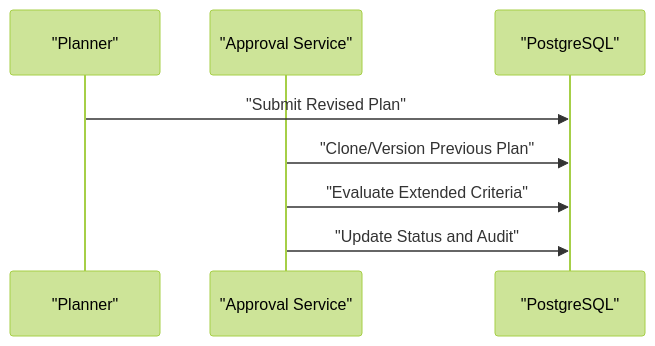
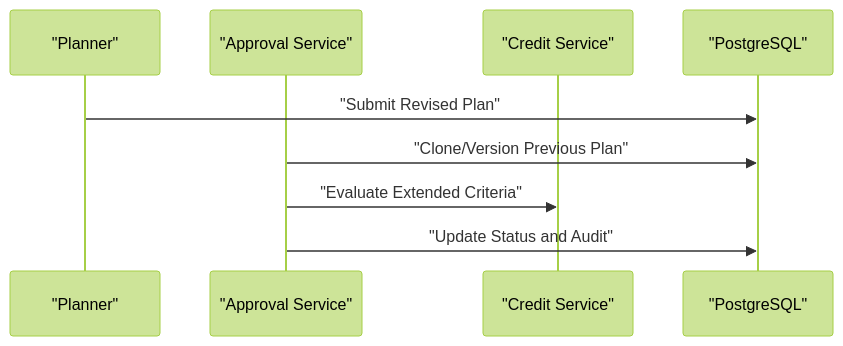
One commit to lamhongbac/NonCash changed the tenth of 11 diagrams in .qoder/repowiki/en/content/Core Services Implementation/Approval Service.md. Above: the diagram before and after it, drawn with Mermaid (forest theme). The commit also changed other lines of this file and 111 other files, not shown here.

````diff
--- a/.qoder/repowiki/en/content/Core Services Implementation/Approval Service.md
+++ b/.qoder/repowiki/en/content/Core Services Implementation/Approval Service.md
@@ -310,10 +365,11 @@
 ```mermaid
 sequenceDiagram
 participant Planner as "Planner"
 participant Approval as "Approval Service"
+participant Credit as "Credit Service"
 participant DB as "PostgreSQL"
 Planner->>DB : "Submit Revised Plan"
 Approval->>DB : "Clone/Version Previous Plan"
-Approval->>DB : "Evaluate Extended Criteria"
+Approval->>Credit : "Evaluate Extended Criteria"
 Approval->>DB : "Update Status and Audit"
 ```
````
